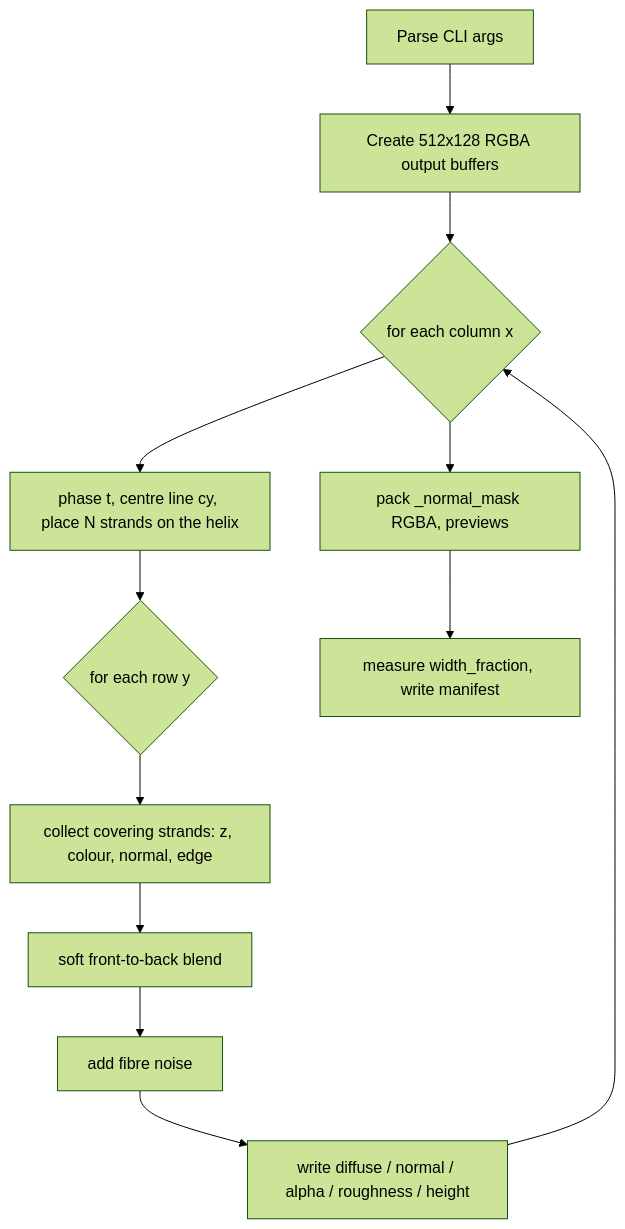
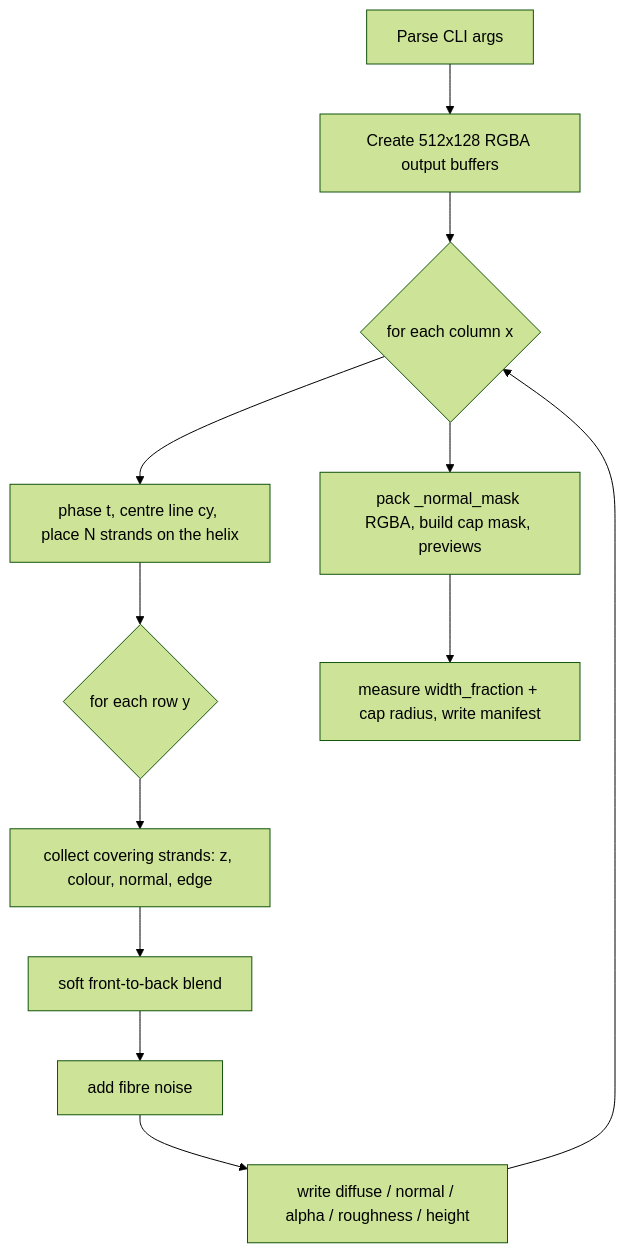
Before and after one commit to Oorteo/inksim: the second of 2 diagrams in scripts/texture/thread_texture-explained.md, drawn with Mermaid (forest theme). The commit also changed other lines of this file and 1 other file, not shown here.

First line of the commit message:
Document the end-cap mask pipeline in texture docs

````diff
--- a/scripts/texture/thread_texture-explained.md
+++ b/scripts/texture/thread_texture-explained.md
@@ -299,14 +329,14 @@
 ```mermaid
 flowchart TD
     A[Parse CLI args] --> B[Create 512x128 RGBA output buffers]
     B --> C{for each column x}
     C --> D[phase t, centre line cy, place N strands on the helix]
     D --> E{for each row y}
     E --> F[collect covering strands: z, colour, normal, edge]
     F --> G[soft front-to-back blend]
     G --> H[add fibre noise]
     H --> I[write diffuse / normal / alpha / roughness / height]
     I --> C
-    C --> J[pack _normal_mask RGBA, previews]
-    J --> K[measure width_fraction, write manifest]
+    C --> J[pack _normal_mask RGBA, build cap mask, previews]
+    J --> K[measure width_fraction + cap radius, write manifest]
 ```
````
